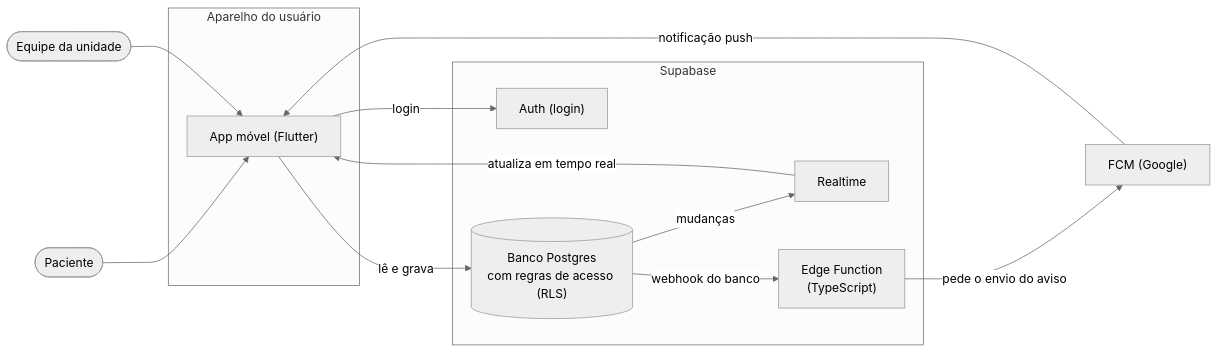
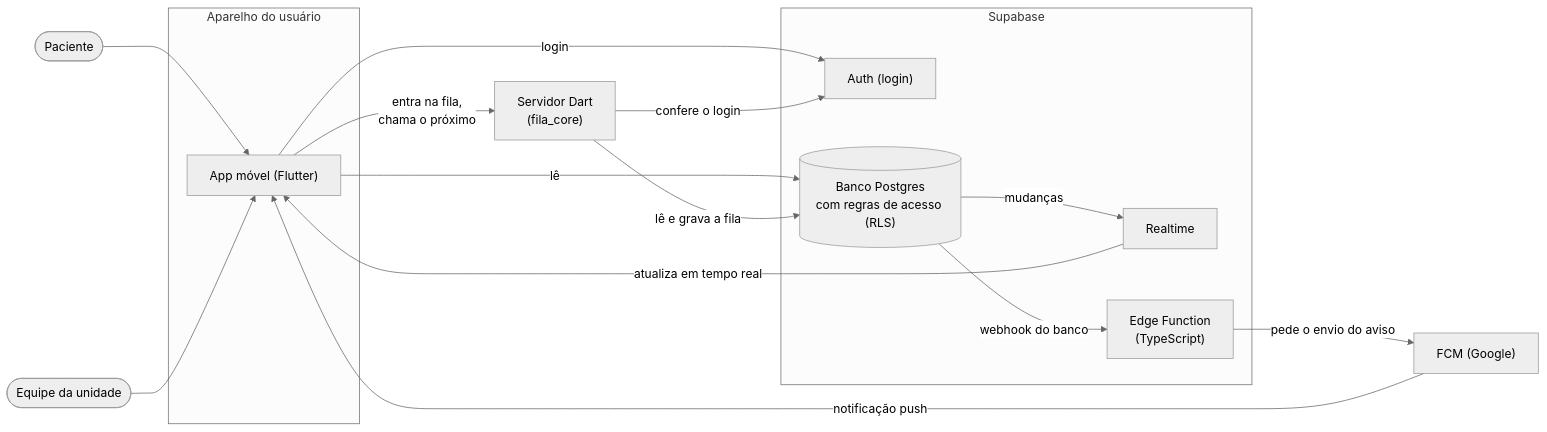
One commit to heitorcavss/pibic-saude changed the first of 2 diagrams in docs/modelagem/arquitetura-e-fluxo.md. Above: the diagram before and after it, drawn with Mermaid (neutral theme). The commit also changed other lines of this file and 4 other files, not shown here.

First line of the commit message:
docs: atualiza a documentação após as ADRs do servidor Dart e das etapas

````diff
--- a/docs/modelagem/arquitetura-e-fluxo.md
+++ b/docs/modelagem/arquitetura-e-fluxo.md
@@ -10,28 +11,32 @@
 ```mermaid
 flowchart LR
     paciente([Paciente])
     equipe([Equipe da unidade])
 
     subgraph aparelho["Aparelho do usuário"]
         app["App móvel (Flutter)"]
     end
 
     subgraph supabase["Supabase"]
         auth["Auth (login)"]
         banco[("Banco Postgres<br/>com regras de acesso (RLS)")]
         realtime["Realtime"]
         edge["Edge Function<br/>(TypeScript)"]
     end
 
+    servidor["Servidor Dart<br/>(fila_core)"]
     fcm["FCM (Google)"]
 
     paciente --> app
     equipe --> app
     app -->|"login"| auth
-    app -->|"lê e grava"| banco
+    app -->|"lê"| banco
+    app -->|"entra na fila,<br/>chama o próximo"| servidor
+    servidor -->|"confere o login"| auth
+    servidor -->|"lê e grava a fila"| banco
     banco -->|"mudanças"| realtime
     realtime -->|"atualiza em tempo real"| app
     banco -->|"webhook do banco"| edge
     edge -->|"pede o envio do aviso"| fcm
     fcm -->|"notificação push"| app
 ```
````
